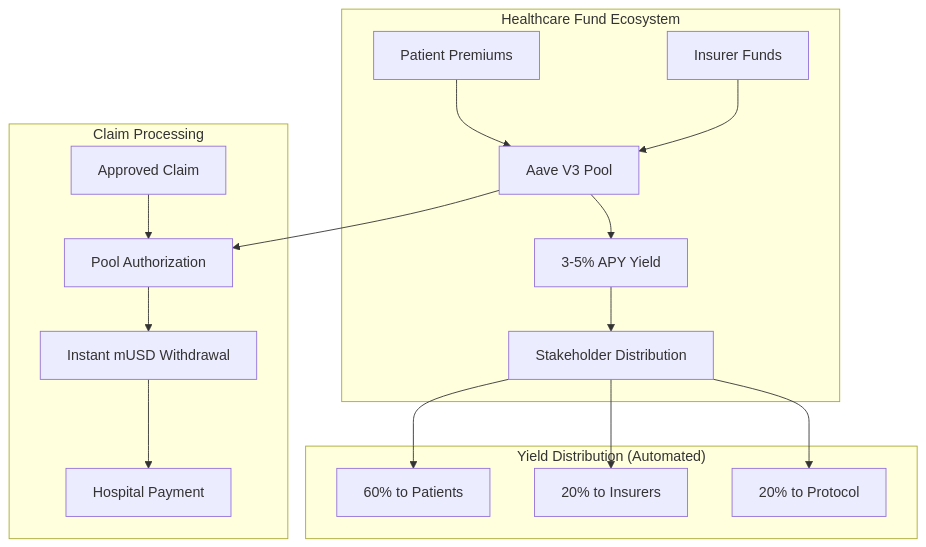
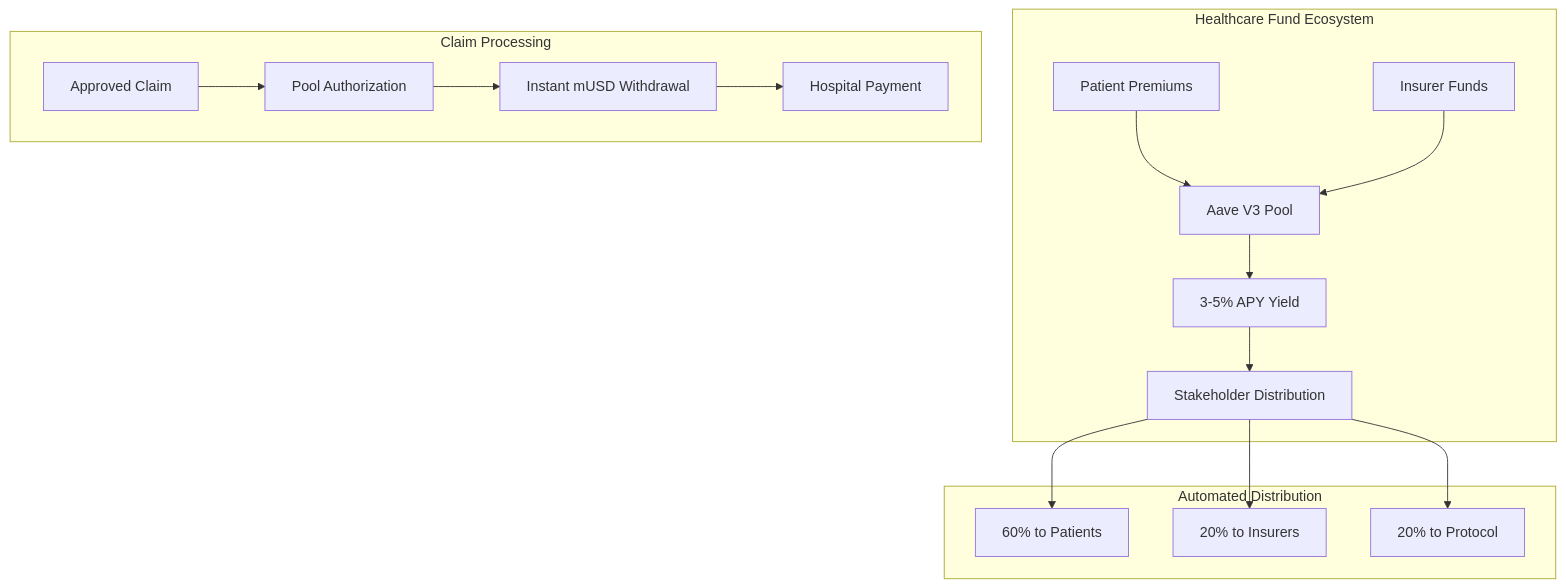
The first of 11 diagrams in memory-bank/systemPatterns.md (ppezzull/zkMed), drawn with Mermaid before and after one commit. The commit also changed other lines of this file and 185 other files, not shown here.

````diff
--- a/memory-bank/systemPatterns.md
+++ b/memory-bank/systemPatterns.md
@@ -15,23 +13,21 @@
 ```mermaid
 graph TB
     subgraph "Healthcare Fund Ecosystem"
         A[Patient Premiums] --> Pool[Aave V3 Pool]
         B[Insurer Funds] --> Pool
         Pool --> C[3-5% APY Yield]
         C --> D[Stakeholder Distribution]
     end
     
-    subgraph "Yield Distribution (Automated)"
+    subgraph "Automated Distribution"
         D --> E[60% to Patients]
         D --> F[20% to Insurers]
         D --> G[20% to Protocol]
     end
     
     subgraph "Claim Processing"
         H[Approved Claim] --> I[Pool Authorization]
         I --> J[Instant mUSD Withdrawal]
         J --> K[Hospital Payment]
     end
-    
-    Pool --> I
 ```
````
